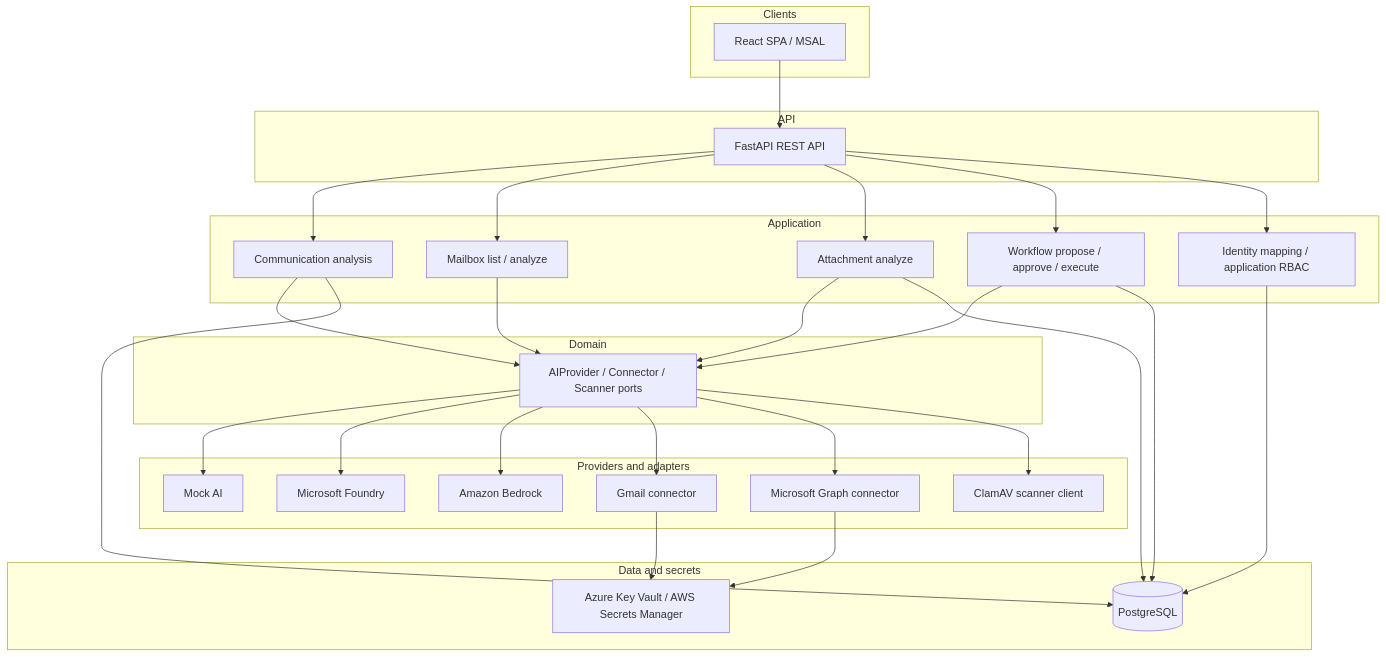
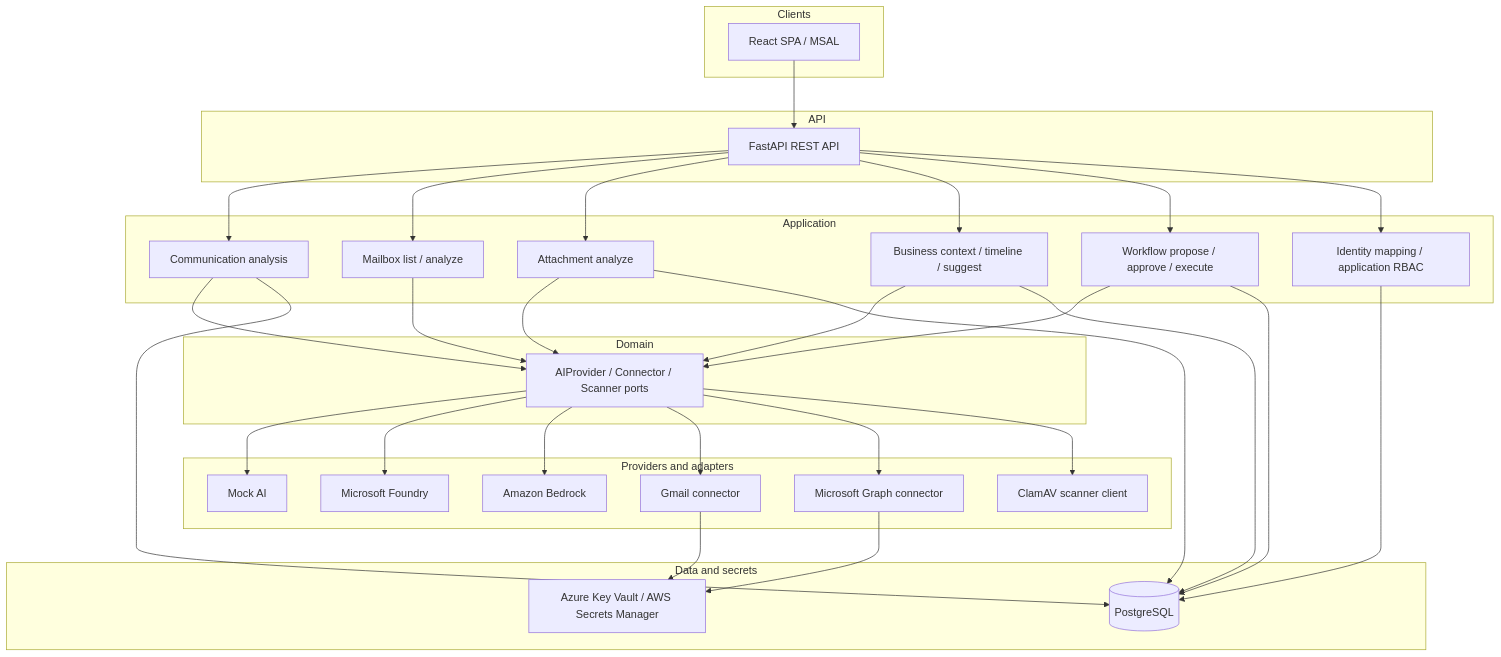
The diagram in README.md (Susanta2025-lab/enterprise-communication-intelligence), drawn with Mermaid before and after one commit. The commit also changed other lines of this file and 85 other files, not shown here.

Commit message:
feat: add business context and matter intelligence

````diff
--- a/README.md
+++ b/README.md
@@ -59,59 +62,63 @@
 ```mermaid
 flowchart TB
   subgraph clients [Clients]
     SPA[React SPA / MSAL]
   end
 
   subgraph api [API]
     FastAPI[FastAPI REST API]
   end
 
   subgraph app [Application]
     Analysis[Communication analysis]
     Mailbox[Mailbox list / analyze]
     Attach[Attachment analyze]
+    Context[Business context / timeline / suggest]
     Workflow[Workflow propose / approve / execute]
     RBAC[Identity mapping / application RBAC]
   end
 
   subgraph domain [Domain]
     Ports[AIProvider / Connector / Scanner ports]
   end
 
   subgraph providers [Providers and adapters]
     Mock[Mock AI]
     Foundry[Microsoft Foundry]
     Bedrock[Amazon Bedrock]
     Gmail[Gmail connector]
     Graph[Microsoft Graph connector]
     ClamAV[ClamAV scanner client]
   end
 
   subgraph data [Data and secrets]
     PG[(PostgreSQL)]
     KV[Azure Key Vault / AWS Secrets Manager]
   end
 
   SPA --> FastAPI
   FastAPI --> Analysis
   FastAPI --> Mailbox
   FastAPI --> Attach
+  FastAPI --> Context
   FastAPI --> Workflow
   FastAPI --> RBAC
   Analysis --> Ports
   Mailbox --> Ports
   Attach --> Ports
+  Context --> Ports
   Workflow --> Ports
   Ports --> Mock
   Ports --> Foundry
   Ports --> Bedrock
   Ports --> Gmail
   Ports --> Graph
   Ports --> ClamAV
   Analysis --> PG
   Attach --> PG
+  Context --> PG
   Workflow --> PG
   RBAC --> PG
   Gmail --> KV
   Graph --> KV
 ```
````
